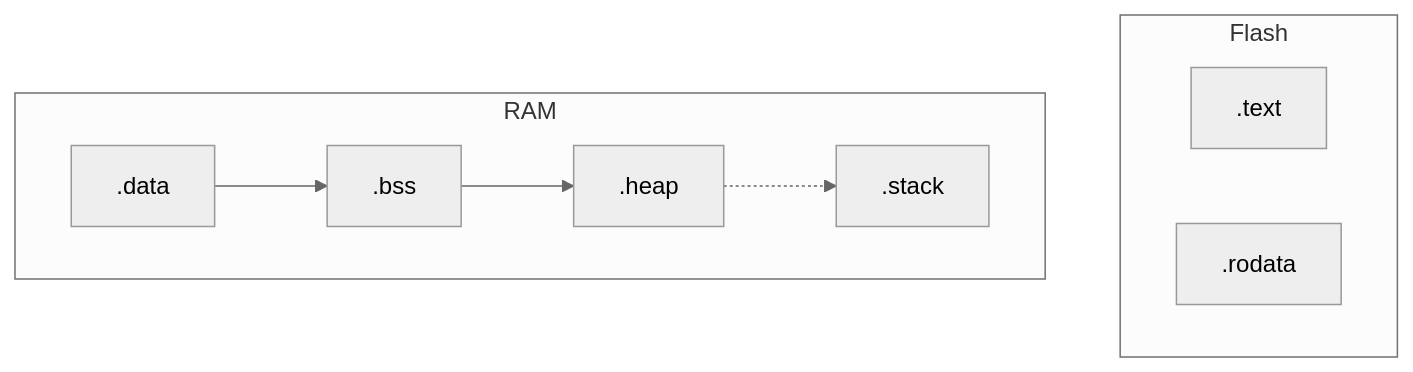
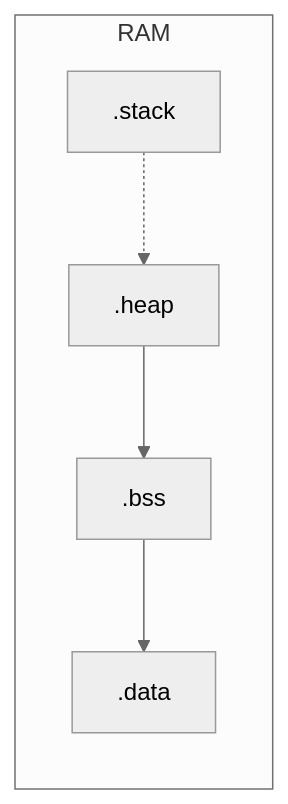
The fourth of 6 diagrams in README.md (ayushgupta-15/bare-metal-firmware-platform), drawn with Mermaid (neutral theme) before and after one commit. The commit also changed other lines of this file and 1 other file, not shown here.

Commit message:
docs: Polish README with hero banner and architectural enhancements

````diff
--- a/README.md
+++ b/README.md
@@ -78,18 +123,13 @@
 ```mermaid
 graph TD
-    subgraph Flash
-        Text[.text]
-        Rodata[.rodata]
+    subgraph RAM
+        Stack[.stack]
+        direction TB
+        Stack -.-> Heap
+        Heap[.heap]
+        Bss[.bss]
+        Data[.data]
+        Heap --> Bss
+        Bss --> Data
     end
-    
-    subgraph RAM
-        Data[.data]
-        Bss[.bss]
-        Heap[.heap]
-        Stack[.stack]
-    end
-    
-    Data --> Bss
-    Bss --> Heap
-    Heap -.-> Stack
 ```
````
